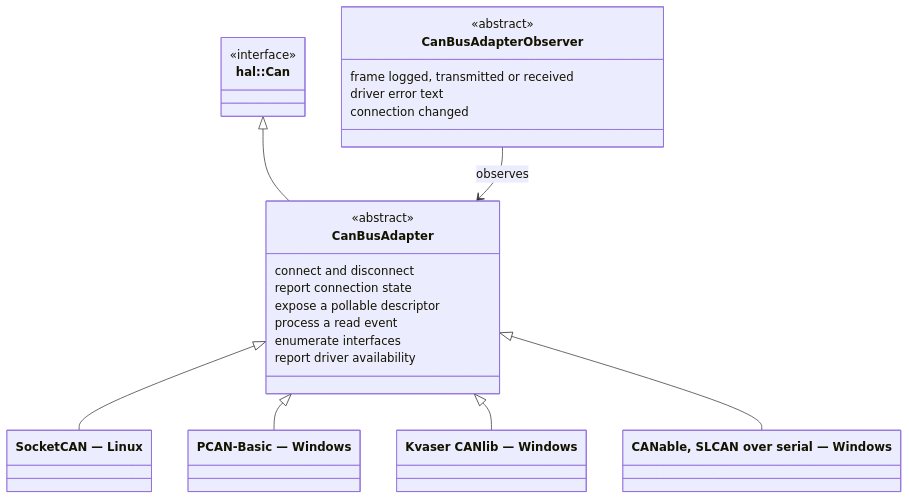
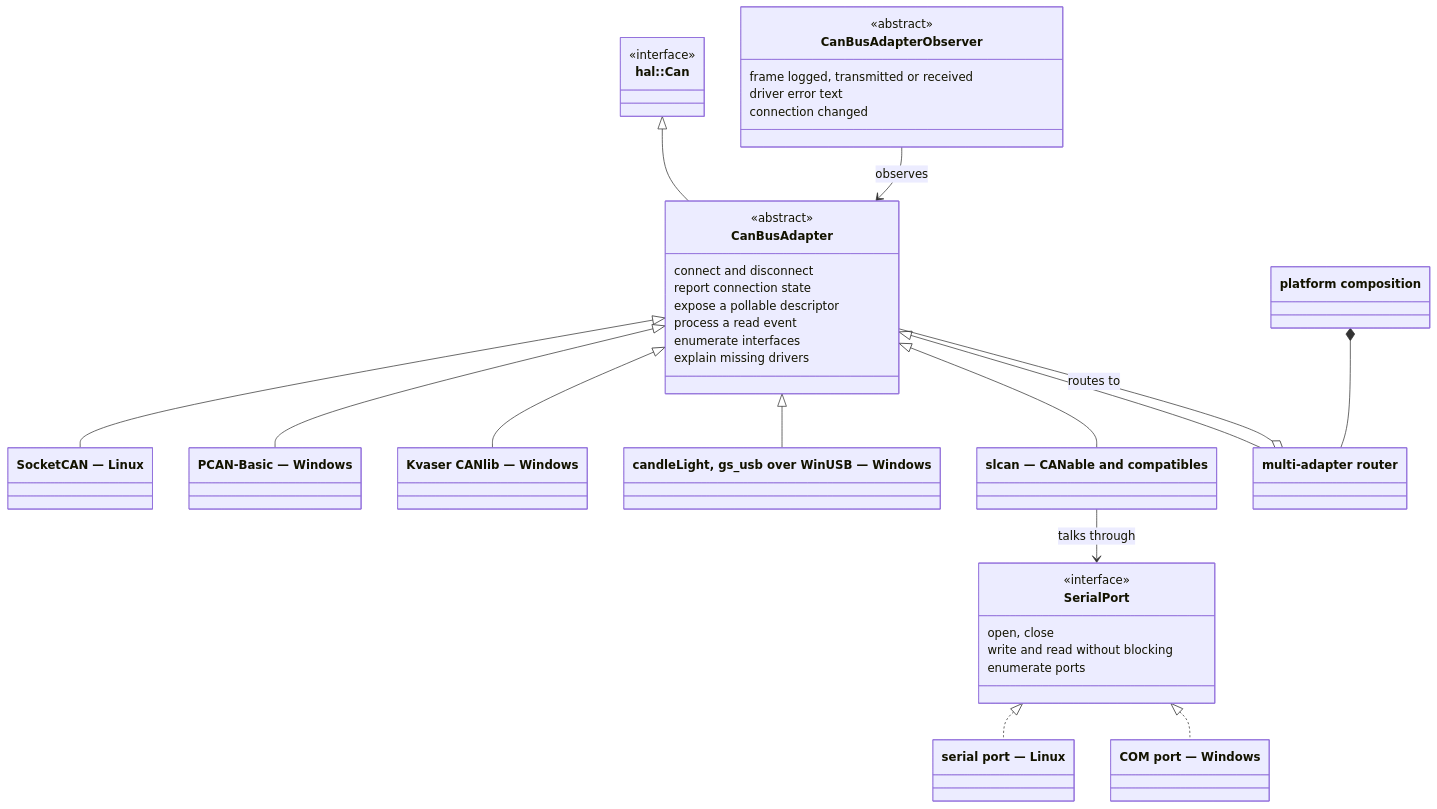
The second of 3 diagrams in documents/booklet/03-hal-and-drivers.md (embedded-pro/can-lite), drawn with Mermaid before and after one commit. The commit also changed other lines of this file and 41 other files, not shown here.

````diff
--- a/documents/booklet/03-hal-and-drivers.md
+++ b/documents/booklet/03-hal-and-drivers.md
@@ -56,34 +56,52 @@
 ```mermaid
 classDiagram
     direction TB
 
     class Can["hal::Can"] {
         <<interface>>
     }
     class CanBusAdapter {
         <<abstract>>
         connect and disconnect
         report connection state
         expose a pollable descriptor
         process a read event
         enumerate interfaces
-        report driver availability
+        explain missing drivers
     }
     class CanBusAdapterObserver {
         <<abstract>>
         frame logged, transmitted or received
         driver error text
         connection changed
     }
+    class SerialPort {
+        <<interface>>
+        open, close
+        write and read without blocking
+        enumerate ports
+    }
     class SocketCanAdapter["SocketCAN — Linux"]
     class PcanAdapter["PCAN-Basic — Windows"]
     class KvaserAdapter["Kvaser CANlib — Windows"]
-    class CanableAdapter["CANable, SLCAN over serial — Windows"]
+    class GsUsbAdapter["candleLight, gs_usb over WinUSB — Windows"]
+    class SlcanAdapter["slcan — CANable and compatibles"]
+    class PosixSerialPort["serial port — Linux"]
+    class WindowsSerialPort["COM port — Windows"]
+    class MultiCanAdapter["multi-adapter router"]
+    class PlatformCanAdapter["platform composition"]
 
     Can <|-- CanBusAdapter
     CanBusAdapter <|-- SocketCanAdapter
     CanBusAdapter <|-- PcanAdapter
     CanBusAdapter <|-- KvaserAdapter
-    CanBusAdapter <|-- CanableAdapter
+    CanBusAdapter <|-- GsUsbAdapter
+    CanBusAdapter <|-- SlcanAdapter
+    CanBusAdapter <|-- MultiCanAdapter
+    SlcanAdapter --> SerialPort : talks through
+    SerialPort <|.. PosixSerialPort
+    SerialPort <|.. WindowsSerialPort
+    MultiCanAdapter o-- CanBusAdapter : routes to
+    PlatformCanAdapter *-- MultiCanAdapter
     CanBusAdapterObserver --> CanBusAdapter : observes
 ```
````
